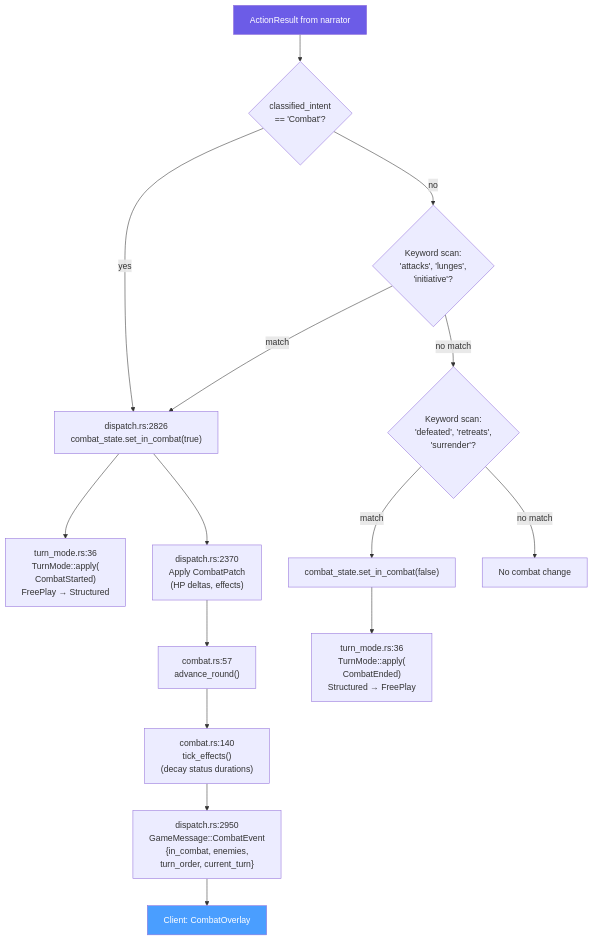
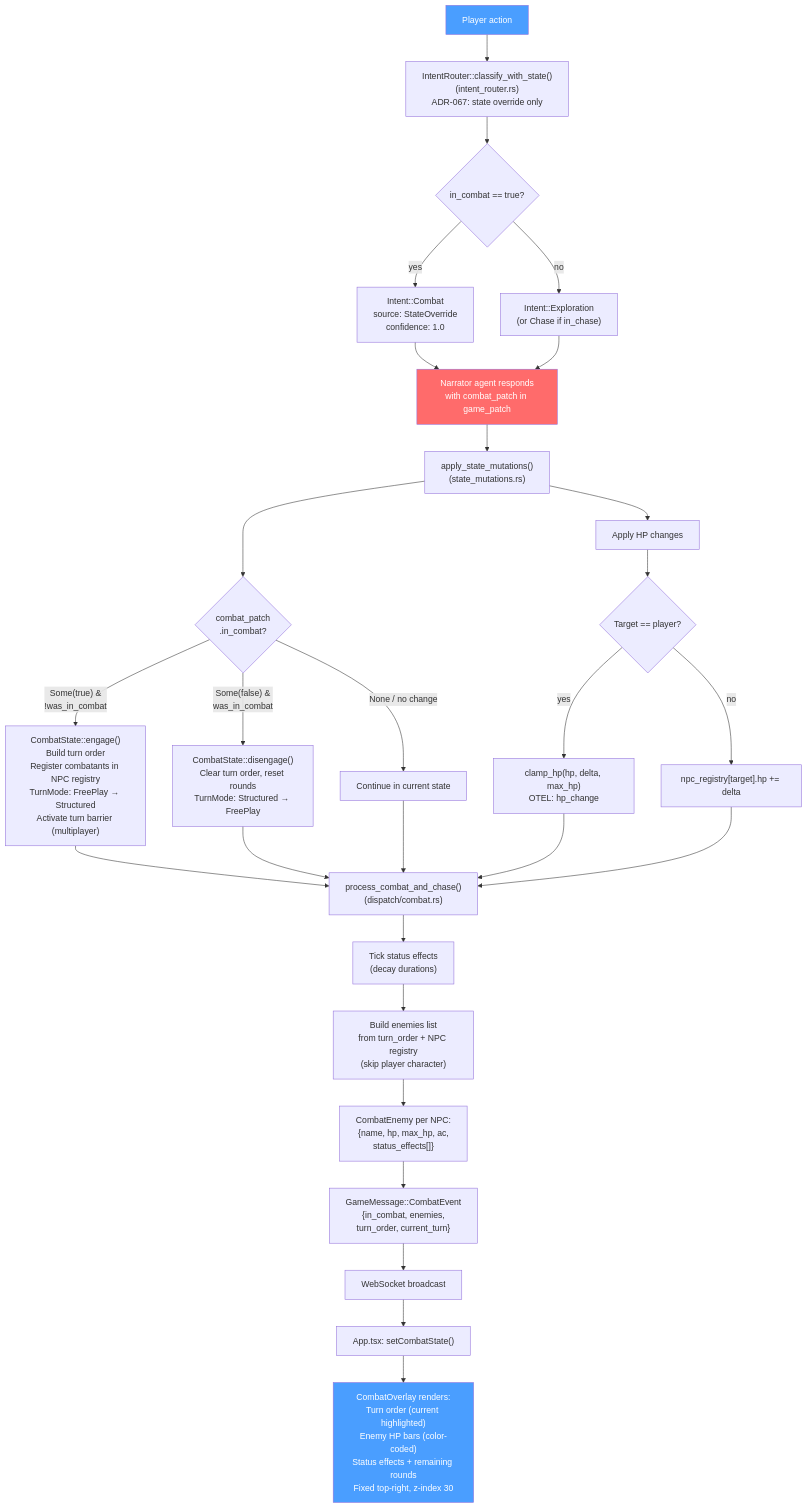
The seventh of 16 diagrams in docs/wiring-diagrams.md (slabgorb/orc-quest), drawn with Mermaid before and after one commit. The commit also changed other lines of this file and 1 other file, not shown here.

First line of the commit message:
docs: update CLAUDE.md and wiring diagrams to match current codebase

````diff
--- a/docs/wiring-diagrams.md
+++ b/docs/wiring-diagrams.md
@@ -253,23 +387,39 @@
 ```mermaid
 flowchart TD
-    A["ActionResult from narrator"] --> B{"classified_intent<br/>== 'Combat'?"}
-    B -->|"yes"| C["dispatch.rs:2826<br/>combat_state.set_in_combat(true)"]
-    B -->|"no"| D{"Keyword scan:<br/>'attacks', 'lunges',<br/>'initiative'?"}
-    D -->|"match"| C
-    D -->|"no match"| E{"Keyword scan:<br/>'defeated', 'retreats',<br/>'surrender'?"}
-    E -->|"match"| F["combat_state.set_in_combat(false)"]
-    E -->|"no match"| G["No combat change"]
+    A["Player action"] --> B["IntentRouter::classify_with_state()<br/>(intent_router.rs)<br/>ADR-067: state override only"]
+    B --> C{"in_combat == true?"}
+    C -->|"yes"| D["Intent::Combat<br/>source: StateOverride<br/>confidence: 1.0"]
+    C -->|"no"| E["Intent::Exploration<br/>(or Chase if in_chase)"]
 
-    C --> H["turn_mode.rs:36<br/>TurnMode::apply(<br/>CombatStarted)<br/>FreePlay → Structured"]
-    F --> I["turn_mode.rs:36<br/>TurnMode::apply(<br/>CombatEnded)<br/>Structured → FreePlay"]
+    D --> F["Narrator agent responds<br/>with combat_patch in game_patch"]
+    E --> F
 
-    C --> J["dispatch.rs:2370<br/>Apply CombatPatch<br/>(HP deltas, effects)"]
-    J --> K["combat.rs:57<br/>advance_round()"]
-    K --> L["combat.rs:140<br/>tick_effects()<br/>(decay status durations)"]
+    F --> G["apply_state_mutations()<br/>(state_mutations.rs)"]
 
-    L --> M["dispatch.rs:2950<br/>GameMessage::CombatEvent<br/>{in_combat, enemies,<br/>turn_order, current_turn}"]
-    M --> N["Client: CombatOverlay"]
+    G --> H{"combat_patch<br/>.in_combat?"}
+    H -->|"Some(true) &<br/>!was_in_combat"| I["CombatState::engage()<br/>Build turn order<br/>Register combatants in NPC registry<br/>TurnMode: FreePlay → Structured<br/>Activate turn barrier (multiplayer)"]
+    H -->|"Some(false) &<br/>was_in_combat"| J["CombatState::disengage()<br/>Clear turn order, reset rounds<br/>TurnMode: Structured → FreePlay"]
+    H -->|"None / no change"| K["Continue in current state"]
 
-    style A fill:#6c5ce7,color:#fff
-    style N fill:#4a9eff,color:#fff
+    G --> L["Apply HP changes"]
+    L --> L1{"Target == player?"}
+    L1 -->|"yes"| L2["clamp_hp(hp, delta, max_hp)<br/>OTEL: hp_change"]
+    L1 -->|"no"| L3["npc_registry[target].hp += delta"]
+
+    I & J & K --> M["process_combat_and_chase()<br/>(dispatch/combat.rs)"]
+    L2 & L3 --> M
+
+    M --> N["Tick status effects<br/>(decay durations)"]
+    N --> O["Build enemies list<br/>from turn_order + NPC registry<br/>(skip player character)"]
+    O --> P["CombatEnemy per NPC:<br/>{name, hp, max_hp, ac,<br/>status_effects[]}"]
+
+    P --> Q["GameMessage::CombatEvent<br/>{in_combat, enemies,<br/>turn_order, current_turn}"]
+    Q --> R["WebSocket broadcast"]
+
+    R --> S["App.tsx: setCombatState()"]
+    S --> T["CombatOverlay renders:<br/>Turn order (current highlighted)<br/>Enemy HP bars (color-coded)<br/>Status effects + remaining rounds<br/>Fixed top-right, z-index 30"]
+
+    style A fill:#4a9eff,color:#fff
+    style T fill:#4a9eff,color:#fff
+    style F fill:#ff6b6b,color:#fff
 ```
````
